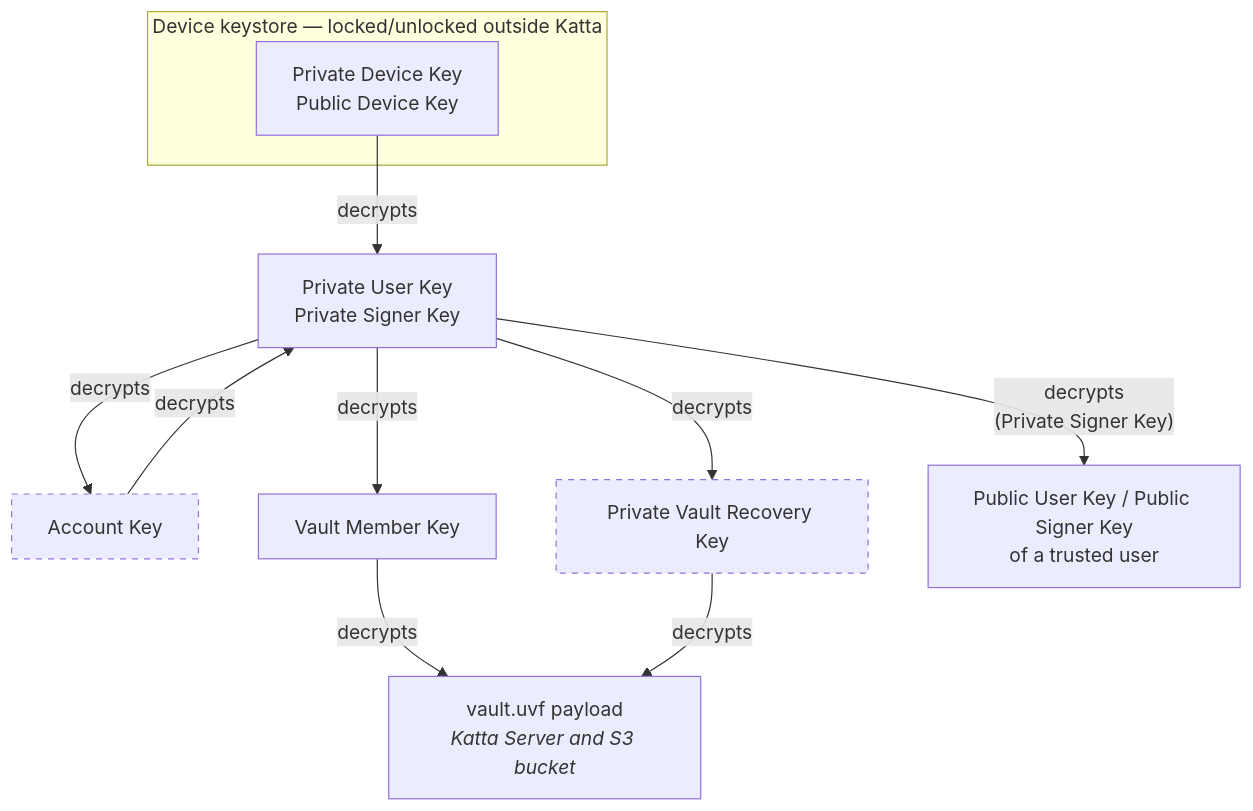
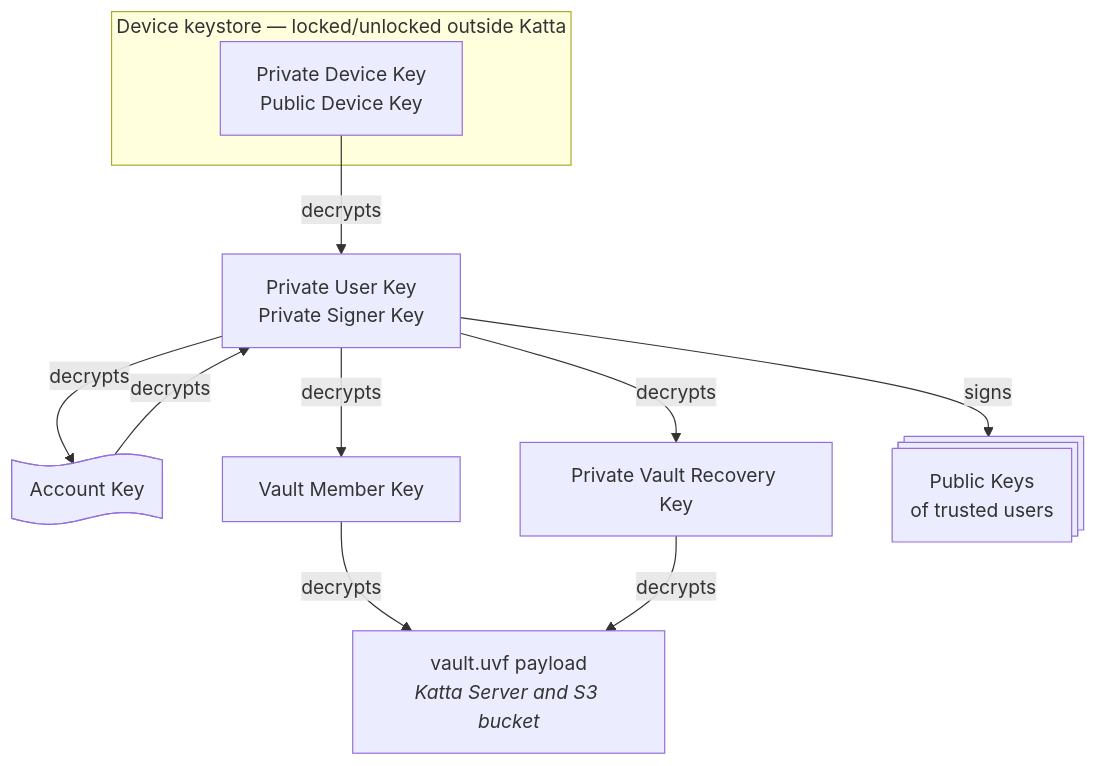
The diagram in docs/architecture/security.md (shift7-ch/katta-docs), drawn with Mermaid before and after one commit.

Commit message:
fix terminology within "Keys" mermaid diagram

````diff
--- a/docs/architecture/security.md
+++ b/docs/architecture/security.md
@@ -30,25 +30,22 @@
 ```mermaid
 flowchart TB
     subgraph keystore["Device keystore — locked/unlocked outside Katta"]
         devkey["Private Device Key<br/>Public Device Key"]
     end
 
     userkeys["Private User Key<br/>Private Signer Key"]
-    accoukey["Account Key"]
+    accoukey["Account Key"]@{shape: paper-tape}
     membekey["Vault Member Key"]
     recovkey["Private Vault Recovery Key"]
-    trusted["Public User Key / Public Signer Key<br/>of a trusted user"]
+    trusted["Public Keys<br/>of trusted users"]@{shape: procs}
     uvf["vault.uvf payload<br/><i>Katta Server and S3 bucket</i>"]
 
     devkey -- decrypts --> userkeys
     accoukey -- decrypts --> userkeys
     userkeys -- decrypts --> accoukey
     userkeys -- decrypts --> membekey
     userkeys -- decrypts --> recovkey
-    userkeys -- "decrypts<br/>(Private Signer Key)" --> trusted
+    userkeys -- signs --> trusted
     membekey -- decrypts --> uvf
     recovkey -- decrypts --> uvf
-
-    classDef outside stroke-dasharray:5 5
-    class accoukey,recovkey outside
 ```
````
